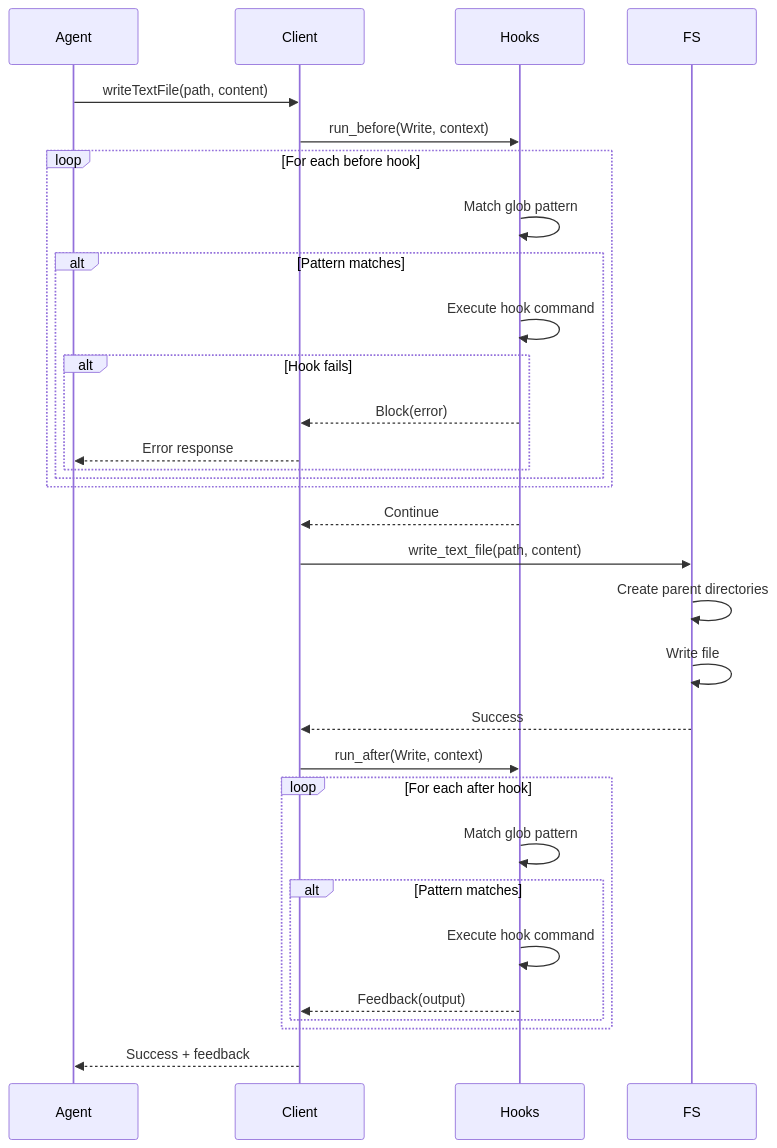
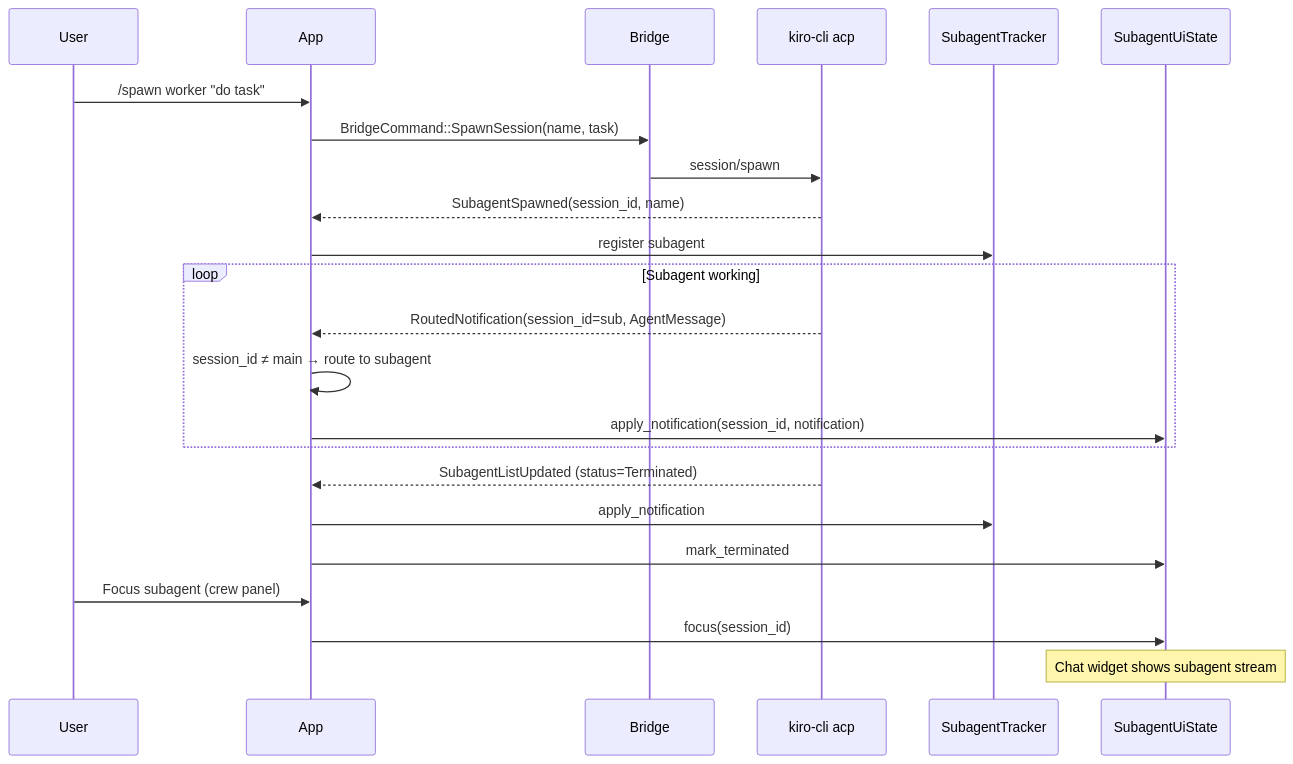
One commit to dwalleck/cyril changed the fifth of 9 diagrams in .agents/summary/workflows.md. Above: the diagram before and after it, drawn with Mermaid. The commit also changed other lines of this file and 9 other files, not shown here.

````diff
--- a/.agents/summary/workflows.md
+++ b/.agents/summary/workflows.md
@@ -294,43 +130,29 @@
 ```mermaid
 sequenceDiagram
-    participant Agent
-    participant Client
-    participant Hooks
-    participant FS
-    
-    Agent->>Client: writeTextFile(path, content)
-    
-    Client->>Hooks: run_before(Write, context)
-    
-    loop For each before hook
-        Hooks->>Hooks: Match glob pattern
-        
-        alt Pattern matches
-            Hooks->>Hooks: Execute hook command
-            
-            alt Hook fails
-                Hooks-->>Client: Block(error)
-                Client-->>Agent: Error response
-            end
-        end
+    participant User
+    participant App
+    participant Bridge
+    participant Agent as kiro-cli acp
+    participant Tracker as SubagentTracker
+    participant SubUI as SubagentUiState
+
+    User->>App: /spawn worker "do task"
+    App->>Bridge: BridgeCommand::SpawnSession(name, task)
+    Bridge->>Agent: session/spawn
+    Agent-->>App: SubagentSpawned(session_id, name)
+    App->>Tracker: register subagent
+
+    loop Subagent working
+        Agent-->>App: RoutedNotification(session_id=sub, AgentMessage)
+        App->>App: session_id ≠ main → route to subagent
+        App->>SubUI: apply_notification(session_id, notification)
     end
-    
-    Hooks-->>Client: Continue
-    Client->>FS: write_text_file(path, content)
-    FS->>FS: Create parent directories
-    FS->>FS: Write file
-    FS-->>Client: Success
-    
-    Client->>Hooks: run_after(Write, context)
-    
-    loop For each after hook
-        Hooks->>Hooks: Match glob pattern
-        
-        alt Pattern matches
-            Hooks->>Hooks: Execute hook command
-            Hooks-->>Client: Feedback(output)
-        end
-    end
-    
-    Client-->>Agent: Success + feedback
+
+    Agent-->>App: SubagentListUpdated (status=Terminated)
+    App->>Tracker: apply_notification
+    App->>SubUI: mark_terminated
+
+    User->>App: Focus subagent (crew panel)
+    App->>SubUI: focus(session_id)
+    Note over SubUI: Chat widget shows subagent stream
 ```
````
